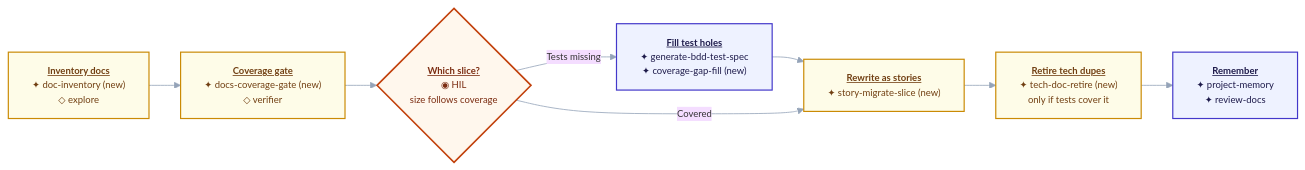
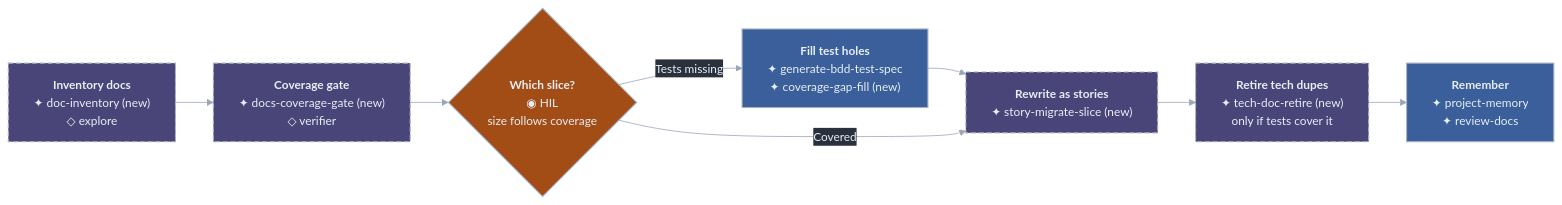
One commit to RaphaelBecker/cursor-harness changed diagram 13 of 14 in README.md. Above: the diagram before and after it, drawn with Mermaid. The commit also changed other lines of this file and 12 other files, not shown here.

````diff
--- a/README.md
+++ b/README.md
@@ -811,23 +771,23 @@
 ```mermaid
-%%{init: {"theme":"base","themeVariables":{"fontFamily":"ui-sans-serif,system-ui,sans-serif","fontSize":"12px","lineColor":"#94a3b8"},"flowchart":{"curve":"basis","htmlLabels":true,"nodeSpacing":22,"rankSpacing":40}}}%%
+%%{init: {"theme":"base","themeVariables":{"darkMode":true,"fontFamily":"ui-sans-serif, system-ui, -apple-system, Segoe UI, sans-serif","fontSize":"15px","background":"#2B313C","lineColor":"#9AA6B8","textColor":"#9AA6B8","primaryTextColor":"#E8EEF7","edgeLabelBackground":"#2B313C"},"flowchart":{"curve":"basis","htmlLabels":true,"nodeSpacing":31,"rankSpacing":48,"padding":16,"useMaxWidth":true}}}%%
 flowchart LR
-  d1["<b><u>Inventory docs</u></b><br/>✦ doc-inventory (new)<br/>◇ explore"]
-  d2["<b><u>Coverage gate</u></b><br/>✦ docs-coverage-gate (new)<br/>◇ verifier"]
-  d3{"<b><u>Which slice?</u></b><br/>◉ HIL<br/>size follows coverage"}
-  d4["<b><u>Fill test holes</u></b><br/>✦ generate-bdd-test-spec<br/>✦ coverage-gap-fill (new)"]
-  d5["<b><u>Rewrite as stories</u></b><br/>✦ story-migrate-slice (new)"]
-  d6["<b><u>Retire tech dupes</u></b><br/>✦ tech-doc-retire (new)<br/>only if tests cover it"]
-  d7["<b><u>Remember</u></b><br/>✦ project-memory<br/>✦ review-docs"]
+  d1["<b>Inventory docs</b><br/>✦ doc-inventory (new)<br/>◇ explore"]
+  d2["<b>Coverage gate</b><br/>✦ docs-coverage-gate (new)<br/>◇ verifier"]
+  d3{"<b>Which slice?</b><br/>◉ HIL<br/>size follows coverage"}
+  d4["<b>Fill test holes</b><br/>✦ generate-bdd-test-spec<br/>✦ coverage-gap-fill (new)"]
+  d5["<b>Rewrite as stories</b><br/>✦ story-migrate-slice (new)"]
+  d6["<b>Retire tech dupes</b><br/>✦ tech-doc-retire (new)<br/>only if tests cover it"]
+  d7["<b>Remember</b><br/>✦ project-memory<br/>✦ review-docs"]
 
   d1 --> d2 --> d3
   d3 -->|Tests missing| d4 --> d5
   d3 -->|Covered| d5 --> d6 --> d7
 
-  classDef skill fill:#eef2ff,stroke:#4338ca,stroke-width:1.5px,color:#1e1b4b
-  classDef proposed fill:#fefce8,stroke:#ca8a04,stroke-width:1.5px,color:#713f12
-  classDef hil fill:#fff7ed,stroke:#c2410c,stroke-width:2px,color:#7c2d12
-  classDef done fill:#ecfdf5,stroke:#047857,stroke-width:1.5px,color:#064e3b
+  classDef skill fill:#3A5F9A,stroke:#A8B4C4,stroke-width:1.4px,color:#E8EEF7
+  classDef proposed fill:#4A4578,stroke:#A8B4C4,stroke-width:1.4px,color:#E8EEF7,stroke-dasharray:6 4
+  classDef hil fill:#A34D16,stroke:#A8B4C4,stroke-width:1.4px,color:#E8EEF7
+  classDef done fill:#2A6B5C,stroke:#A8B4C4,stroke-width:1.4px,color:#E8EEF7
   class d4,d7 skill
   class d1,d2,d5,d6 proposed
   class d3 hil
 ```
````
